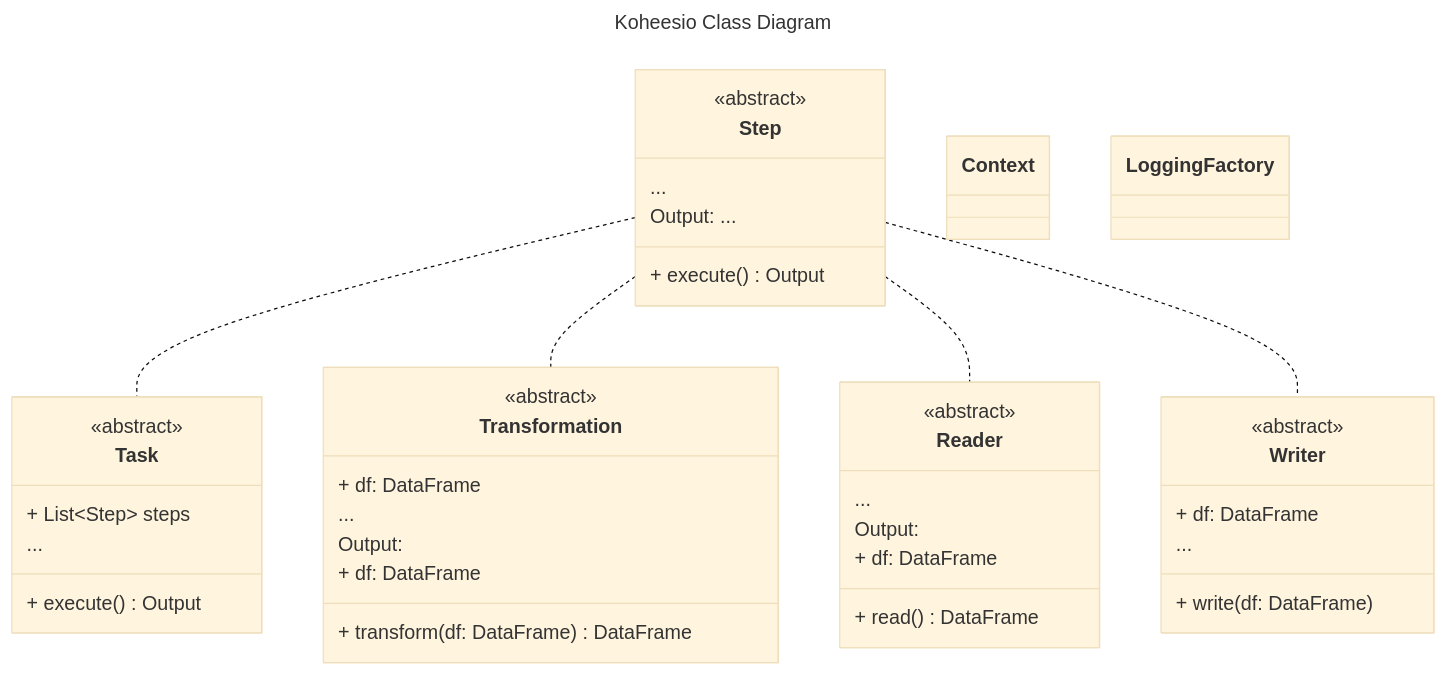
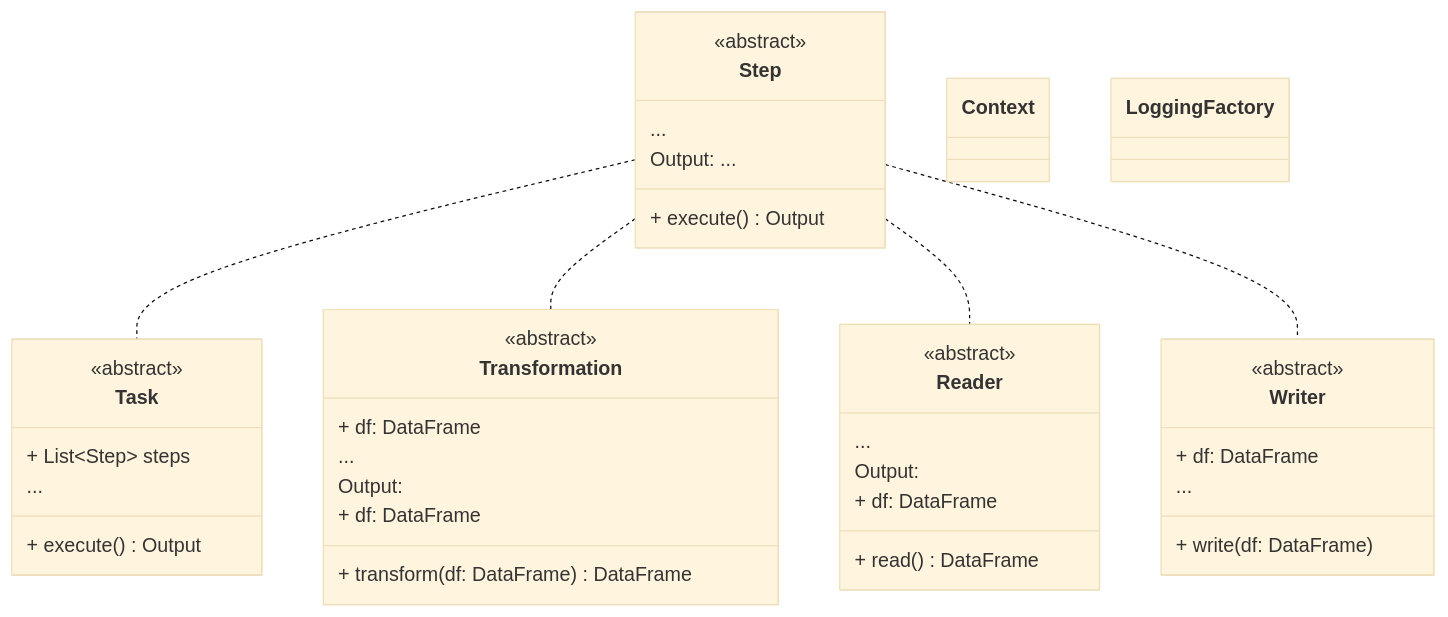
The second of 2 diagrams in docs/reference/concepts/concepts.md (Nike-Inc/koheesio), drawn with Mermaid (base theme) before and after one commit. The commit also changed other lines of this file and 2 other files, not shown here.

````diff
--- a/docs/reference/concepts/concepts.md
+++ b/docs/reference/concepts/concepts.md
@@ -85,52 +78,50 @@
 ```mermaid
----
-title: Koheesio Class Diagram
----
+
 classDiagram
     Step .. Task
     Step .. Transformation
     Step .. Reader
     Step .. Writer
 
     class Context
 
     class LoggingFactory
 
     class Task{
         <<abstract>>
         + List~Step~ steps
         ...
         + execute() Output
     }
 
     class Step{
         <<abstract>>
         ...
         Output: ...
         + execute() Output
     }
     
     class Transformation{
         <<abstract>>
         + df: DataFrame
         ...
         Output:
         + df: DataFrame
         + transform(df: DataFrame) DataFrame
     }
     
     class Reader{
         <<abstract>>
         ...
         Output:
         + df: DataFrame
         + read() DataFrame
     }
     
     class Writer{
         <<abstract>>
         + df: DataFrame
         ...
         + write(df: DataFrame)
     }
 ```
````
